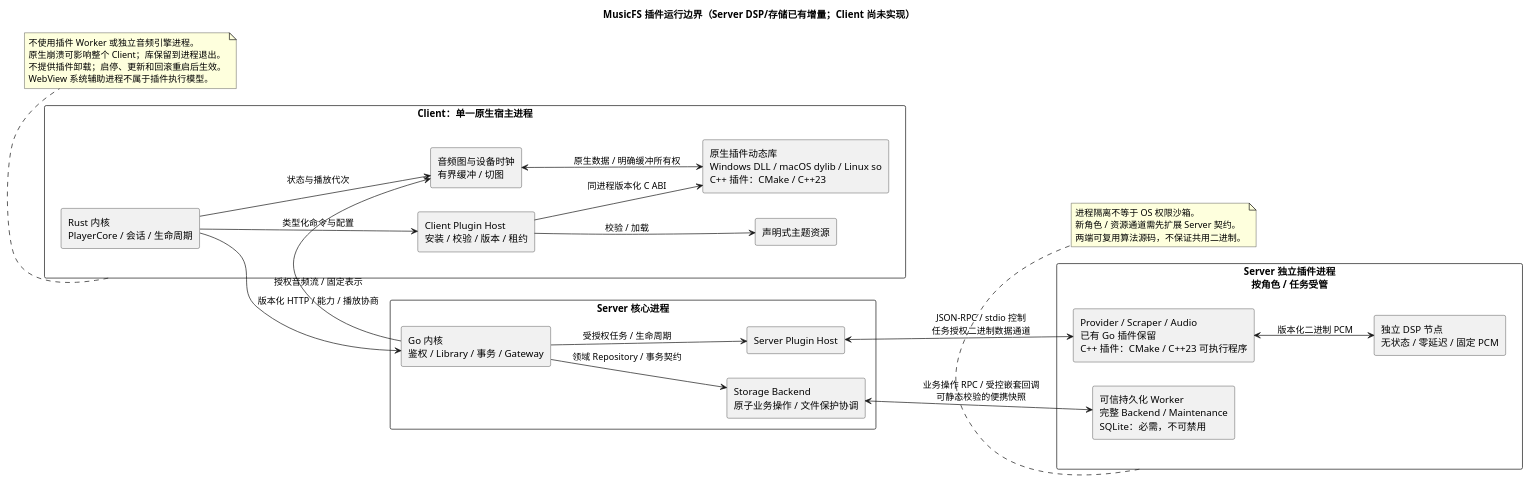
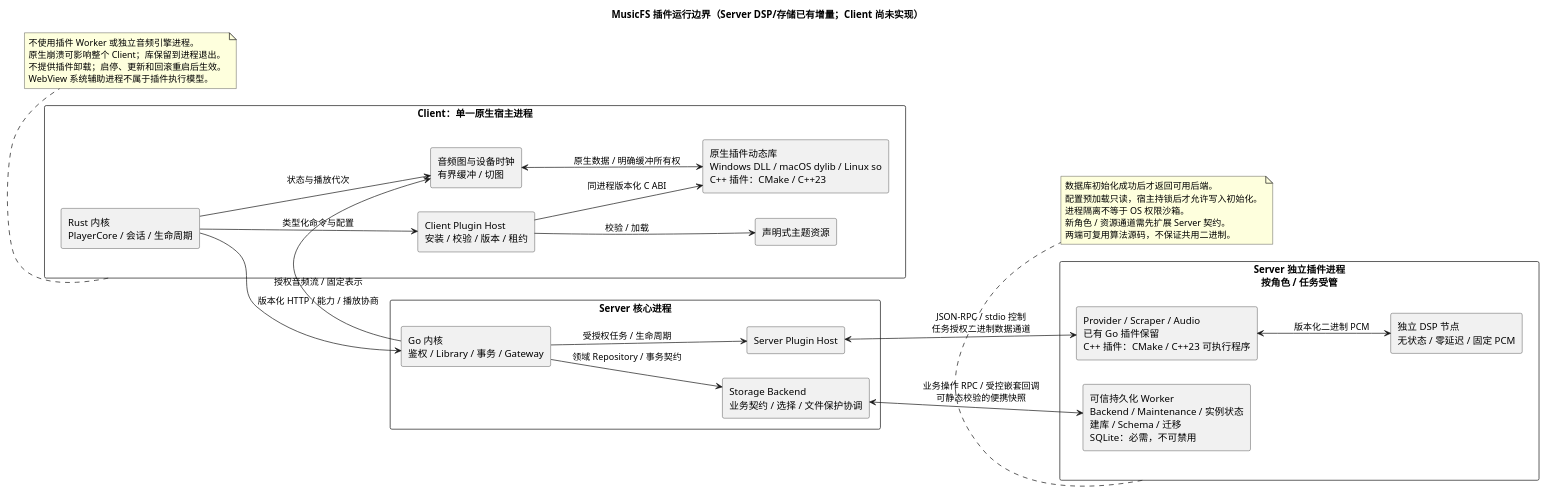
Before and after one commit to fnMrRice/MusicFS: the diagram in docs/diagrams/plugin-boundaries.puml, drawn with PlantUML. The commit also changed 2 other files, not shown here.

```diff
--- a/docs/diagrams/plugin-boundaries.puml
+++ b/docs/diagrams/plugin-boundaries.puml
@@ -1,51 +1,53 @@
 @startuml
 title MusicFS 插件运行边界（Server DSP/存储已有增量；Client 尚未实现）
 left to right direction
 skinparam componentStyle rectangle
 
 rectangle "Client：单一原生宿主进程" as Client {
   component "Rust 内核\nPlayerCore / 会话 / 生命周期" as Core
   component "Client Plugin Host\n安装 / 校验 / 版本 / 租约" as CHost
   component "原生插件动态库\nWindows DLL / macOS dylib / Linux so\nC++ 插件：CMake / C++23" as Dll
   component "音频图与设备时钟\n有界缓冲 / 切图" as Audio
   component "声明式主题资源" as Theme
   Core --> CHost : 类型化命令与配置
   CHost --> Dll : 同进程版本化 C ABI
   Audio <--> Dll : 原生数据 / 明确缓冲所有权
   Core --> Audio : 状态与播放代次
   CHost --> Theme : 校验 / 加载
 }
 
 rectangle "Server 核心进程" as Server {
   component "Go 内核\n鉴权 / Library / 事务 / Gateway" as SCore
   component "Server Plugin Host" as SHost
-  component "Storage Backend\n原子业务操作 / 文件保护协调" as Storage
+  component "Storage Backend\n业务契约 / 选择 / 文件保护协调" as Storage
   SCore --> SHost : 受授权任务 / 生命周期
   SCore --> Storage : 领域 Repository / 事务契约
 }
 
 rectangle "Server 独立插件进程\n按角色 / 任务受管" as Workers {
   component "Provider / Scraper / Audio\n已有 Go 插件保留\nC++ 插件：CMake / C++23 可执行程序" as Worker
   component "独立 DSP 节点\n无状态 / 零延迟 / 固定 PCM" as DSP
-  component "可信持久化 Worker\n完整 Backend / Maintenance\nSQLite：必需，不可禁用" as DBWorker
+  component "可信持久化 Worker\nBackend / Maintenance / 实例状态\n建库 / Schema / 迁移\nSQLite：必需，不可禁用" as DBWorker
   Worker <--> DSP : 版本化二进制 PCM
 }
 
 Core --> SCore : 版本化 HTTP / 能力 / 播放协商
 SCore --> Audio : 授权音频流 / 固定表示
 SHost <--> Worker : JSON-RPC / stdio 控制\n任务授权二进制数据通道
 Storage <--> DBWorker : 业务操作 RPC / 受控嵌套回调\n可静态校验的便携快照
 
 note bottom of Client
   不使用插件 Worker 或独立音频引擎进程。
   原生崩溃可影响整个 Client；库保留到进程退出。
   不提供插件卸载；启停、更新和回滚重启后生效。
   WebView 系统辅助进程不属于插件执行模型。
 end note
 
 note bottom of Workers
+  数据库初始化成功后才返回可用后端。
+  配置预加载只读，宿主持锁后才允许写入初始化。
   进程隔离不等于 OS 权限沙箱。
   新角色 / 资源通道需先扩展 Server 契约。
   两端可复用算法源码，不保证共用二进制。
 end note
 @enduml
```
